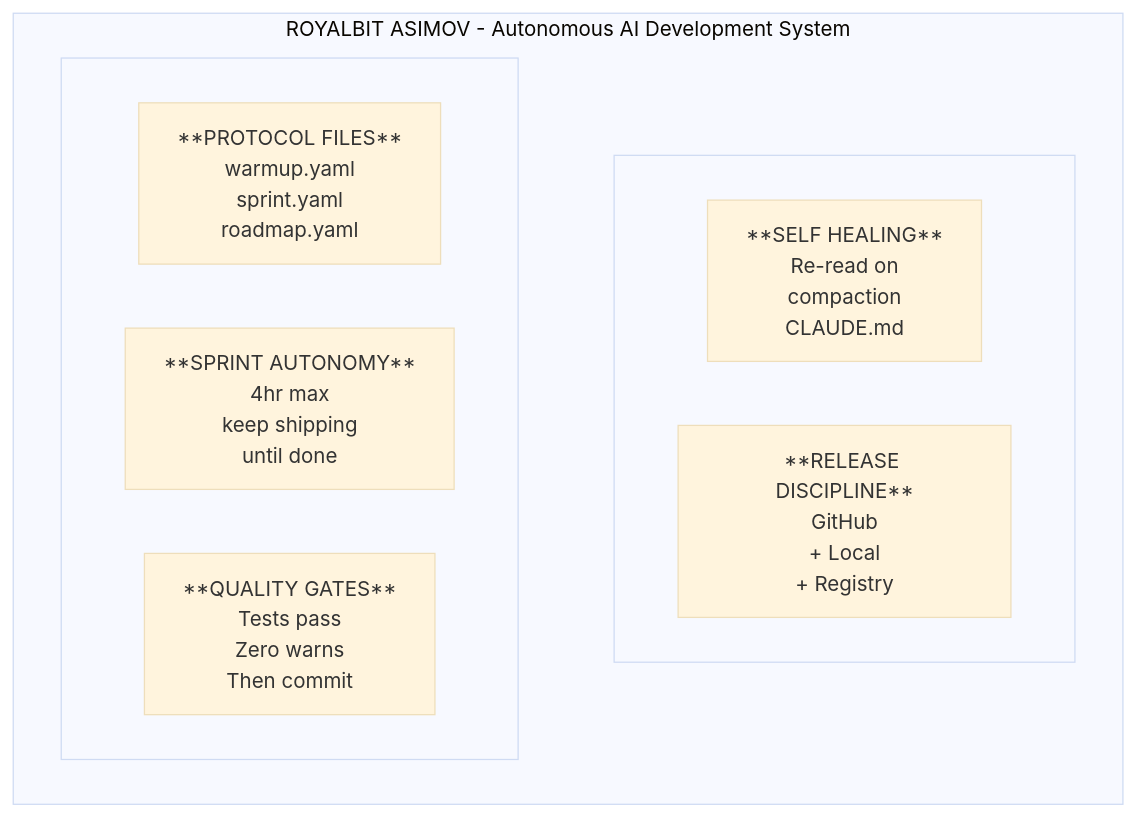
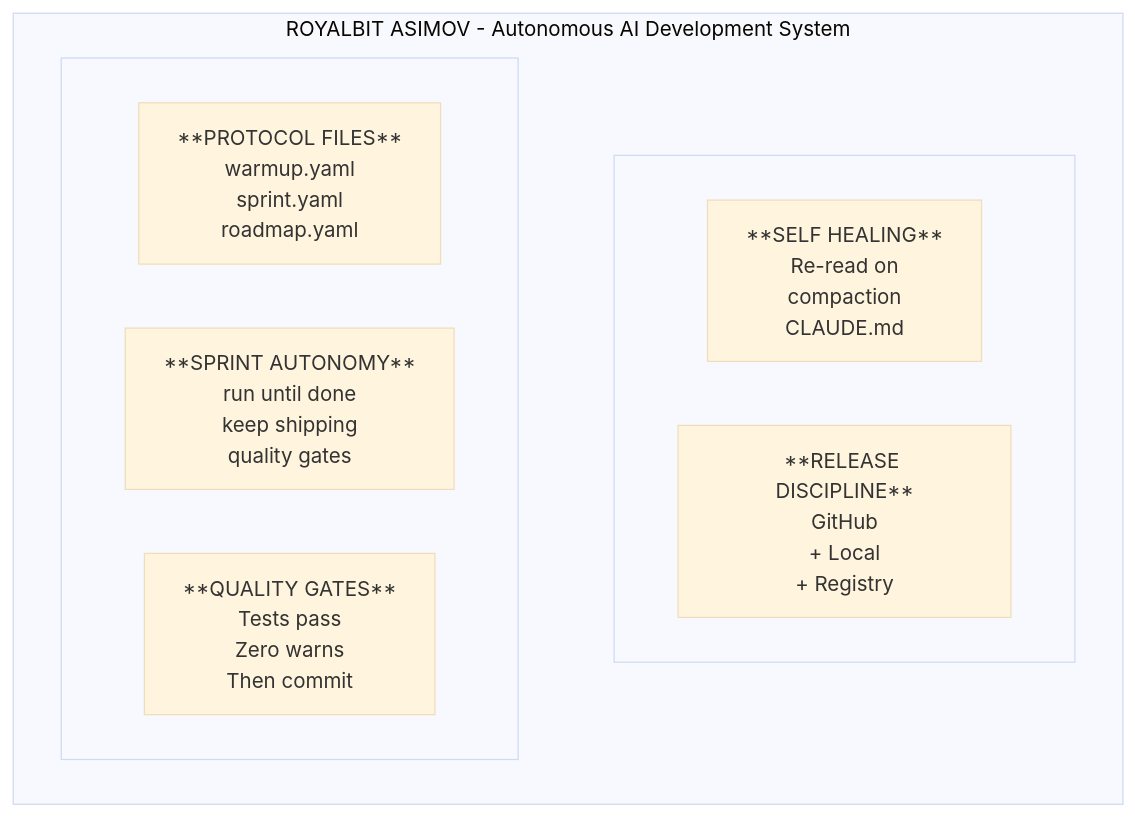
Before and after one commit to royalbit/asimov: the first of 3 diagrams in docs/ROYALBIT_ASIMOV.md, drawn with Mermaid (base theme). The commit also changed other lines of this file and 43 other files, not shown here.

````diff
--- a/docs/ROYALBIT_ASIMOV.md
+++ b/docs/ROYALBIT_ASIMOV.md
@@ -25,17 +25,17 @@
 ```mermaid
 flowchart TB
     subgraph asimov["ROYALBIT ASIMOV - Autonomous AI Development System"]
         subgraph row1[" "]
             direction LR
             P["**PROTOCOL FILES**<br/>warmup.yaml<br/>sprint.yaml<br/>roadmap.yaml"]
-            S["**SPRINT AUTONOMY**<br/>4hr max<br/>keep shipping<br/>until done"]
+            S["**SPRINT AUTONOMY**<br/>run until done<br/>keep shipping<br/>quality gates"]
             Q["**QUALITY GATES**<br/>Tests pass<br/>Zero warns<br/>Then commit"]
         end
         subgraph row2[" "]
             direction LR
             H["**SELF HEALING**<br/>Re-read on<br/>compaction<br/>CLAUDE.md"]
             R["**RELEASE DISCIPLINE**<br/>GitHub<br/>+ Local<br/>+ Registry"]
         end
     end
     row1 ~~~ row2
 ```
````
